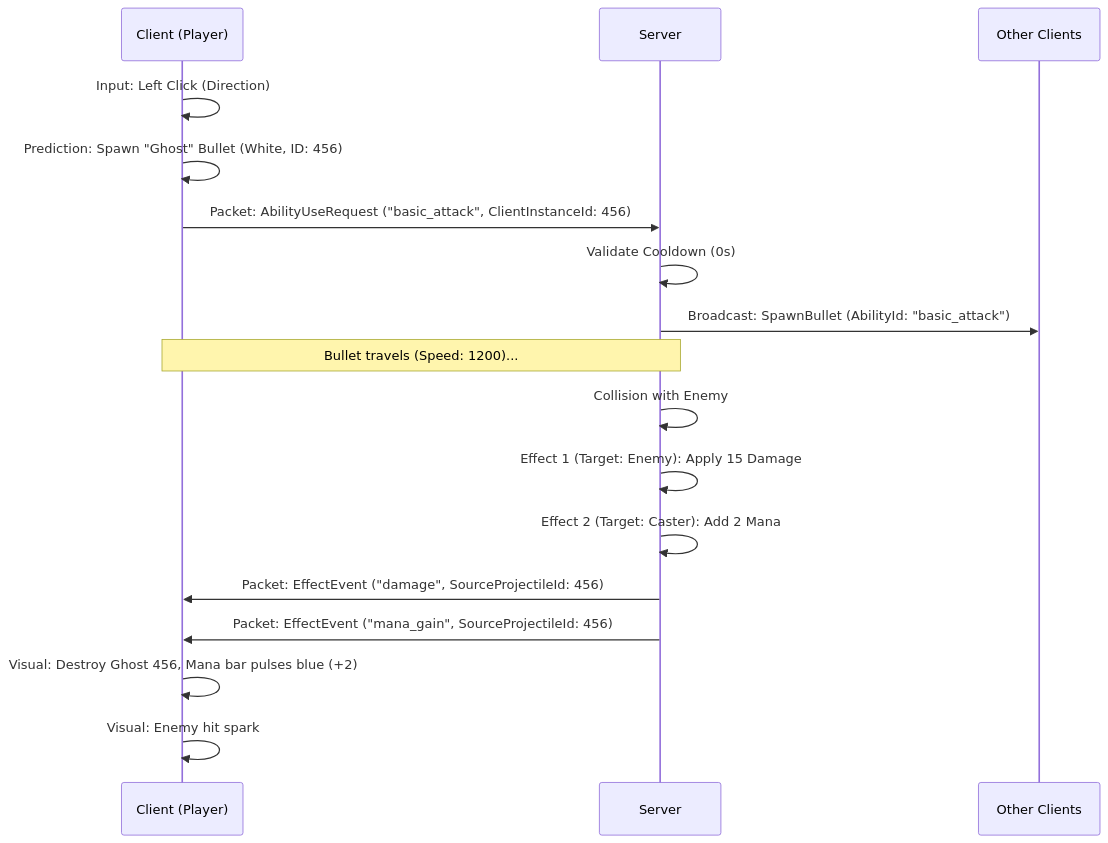
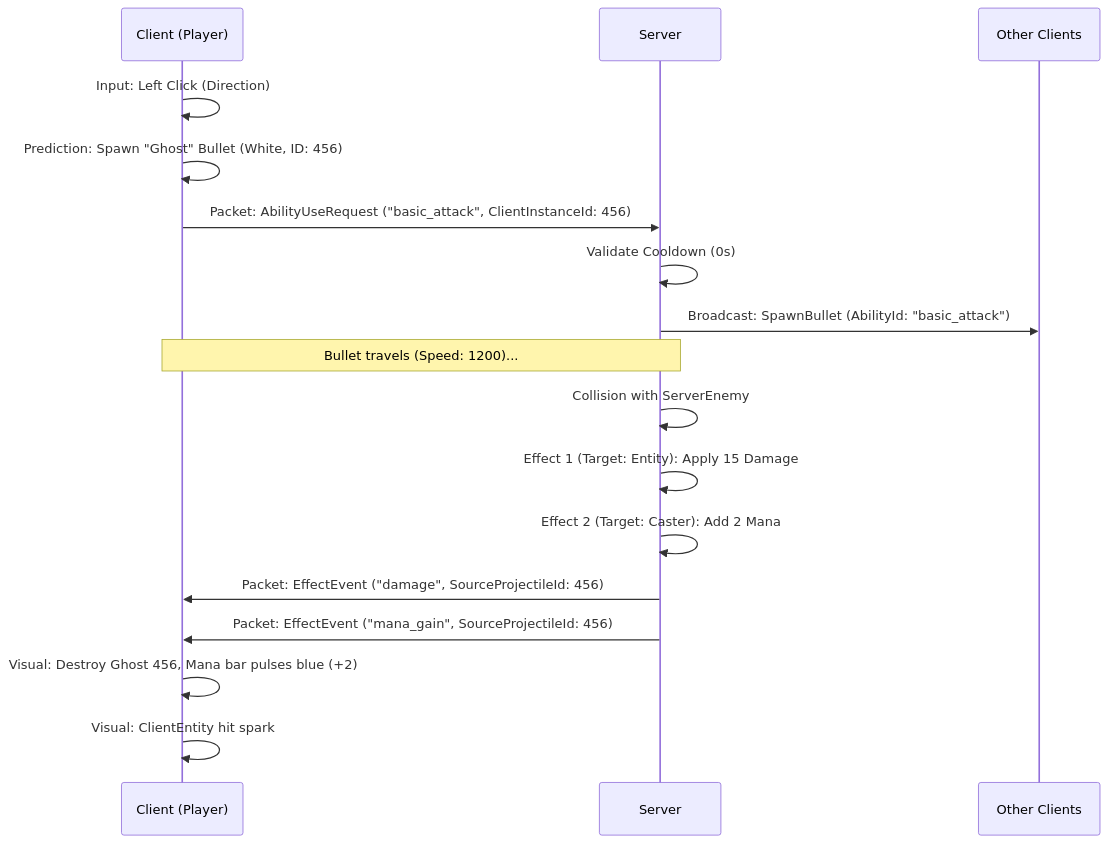
The second of 2 diagrams in Docs/ABILITY_SPEC.md (seand88/lastlight), drawn with Mermaid before and after one commit. The commit also changed other lines of this file and 62 other files, not shown here.

````diff
--- a/Docs/ABILITY_SPEC.md
+++ b/Docs/ABILITY_SPEC.md
@@ -86,25 +88,25 @@
 ```mermaid
 sequenceDiagram
     participant C as Client (Player)
     participant S as Server
     participant O as Other Clients
 
     C->>C: Input: Left Click (Direction)
     C->>C: Prediction: Spawn "Ghost" Bullet (White, ID: 456)
     C->>S: Packet: AbilityUseRequest ("basic_attack", ClientInstanceId: 456)
     
     S->>S: Validate Cooldown (0s)
     S->>O: Broadcast: SpawnBullet (AbilityId: "basic_attack")
     
     Note over C,S: Bullet travels (Speed: 1200)...
     
-    S->>S: Collision with Enemy
-    S->>S: Effect 1 (Target: Enemy): Apply 15 Damage
+    S->>S: Collision with ServerEnemy
+    S->>S: Effect 1 (Target: Entity): Apply 15 Damage
     S->>S: Effect 2 (Target: Caster): Add 2 Mana
     
     S->>C: Packet: EffectEvent ("damage", SourceProjectileId: 456)
     S->>C: Packet: EffectEvent ("mana_gain", SourceProjectileId: 456)
     
     C->>C: Visual: Destroy Ghost 456, Mana bar pulses blue (+2)
-    C->>C: Visual: Enemy hit spark
+    C->>C: Visual: ClientEntity hit spark
 ```
````
